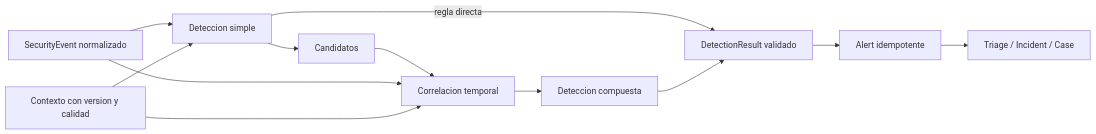
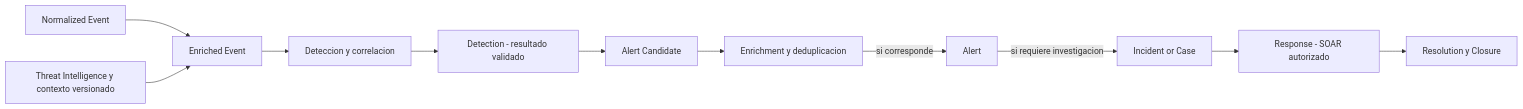
The diagram in docs/diagrams/10-detection-correlation.mmd (CyberStill-GmbH/qapaq-secops), drawn with Mermaid before and after one commit. The commit also changed 16 other files, not shown here.

```diff
--- a/docs/diagrams/10-detection-correlation.mmd
+++ b/docs/diagrams/10-detection-correlation.mmd
@@ -1,16 +1,18 @@
 flowchart LR
-    EVENT["SecurityEvent normalizado"]
-    CTX["Contexto con version y calidad"]
-    SIMPLE["Deteccion simple"]
-    CAND["Candidatos"]
-    CORR["Correlacion temporal"]
-    COMP["Deteccion compuesta"]
-    RESULT["DetectionResult validado"]
-    ALERT["Alert idempotente"]
-    SOC["Triage / Incident / Case"]
-    EVENT --> SIMPLE --> CAND --> CORR --> COMP
-    EVENT --> CORR
-    CTX --> SIMPLE
-    CTX --> CORR
-    SIMPLE -->|regla directa| RESULT
-    COMP --> RESULT --> ALERT --> SOC
+    EVENT["Normalized Event"]
+    CTX["Threat Intelligence y contexto versionado"]
+    ENR["Enriched Event"]
+    ENGINE["Deteccion y correlacion"]
+    RESULT["Detection - resultado validado"]
+    CAND["Alert Candidate"]
+    QUALIFY["Enrichment y deduplicacion"]
+    ALERT["Alert"]
+    SOC["Incident or Case"]
+    RESPONSE["Response - SOAR autorizado"]
+    CLOSE["Resolution y Closure"]
+    EVENT --> ENR
+    CTX --> ENR
+    ENR --> ENGINE --> RESULT --> CAND --> QUALIFY
+    QUALIFY -->|si corresponde| ALERT
+    ALERT -->|si requiere investigacion| SOC
+    SOC --> RESPONSE --> CLOSE
```
